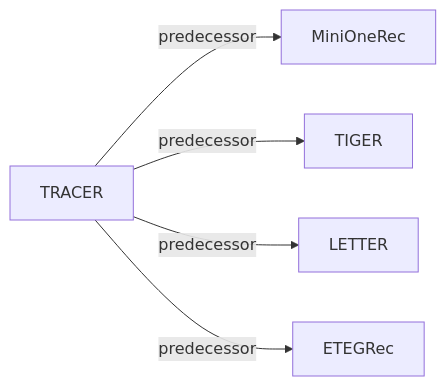
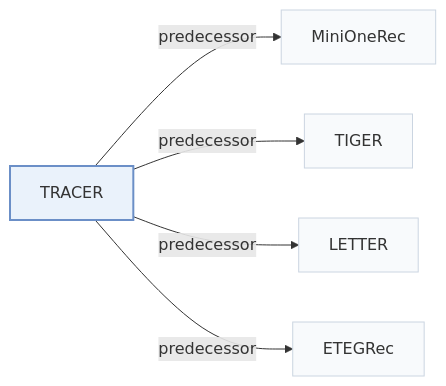
One commit to Galaxy-ghost/Awesome-SID-Generative-Rec changed the second of 2 diagrams in pages/papers/tracer.md. Above: the diagram before and after it, drawn with Mermaid. The commit also changed other lines of this file and 649 other files, not shown here.

Commit message:
writer-05: also tags and modality index (schema, check, build, visuals); summary field removed; calibration data for 12 papers

````diff
--- a/pages/papers/tracer.md
+++ b/pages/papers/tracer.md
@@ -68,8 +74,12 @@
 ```mermaid
 flowchart LR
     P["TRACER"]
-    P -->|predecessor| A["MiniOneRec"]
-    P -->|predecessor| B["TIGER"]
-    P -->|predecessor| C["LETTER"]
-    P -->|predecessor| D["ETEGRec"]
+    P -->|"predecessor"| A["MiniOneRec"]
+    P -->|"predecessor"| B["TIGER"]
+    P -->|"predecessor"| C["LETTER"]
+    P -->|"predecessor"| D["ETEGRec"]
+    classDef main fill:#eaf2fb,stroke:#6b8fc7,stroke-width:2px
+    classDef peer fill:#f8fafc,stroke:#cbd5e1
+    class P main
+    class A,B,C,D peer
 ```
````
